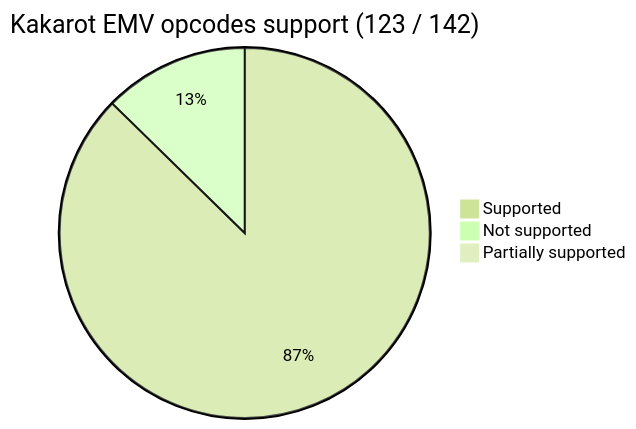
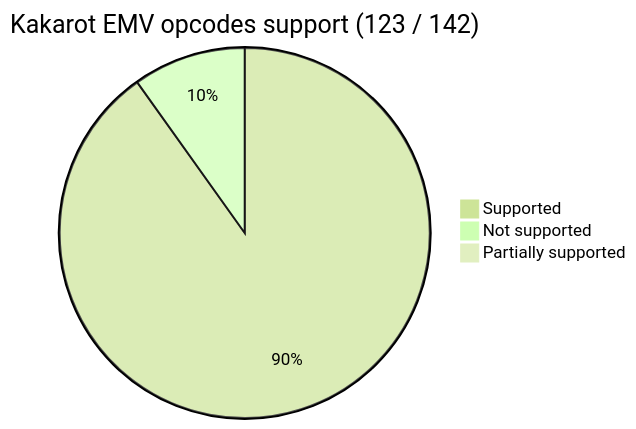
One commit to kkrt-labs/kakarot changed the first of 2 diagrams in README.md. Above: the diagram before and after it, drawn with Mermaid. The commit also changed 2 other files, not shown here.

````diff
--- a/README.md
+++ b/README.md
@@ -38,9 +38,9 @@
 ```mermaid
 %%{init: {'theme': 'forest', 'themeVariables': { 'darkMode': 'false'}}}%%
 
 pie title Kakarot EMV opcodes support (123 / 142)
-    "Supported" : 124
-    "Not supported" : 18
+    "Supported" : 128
+    "Not supported" : 14
 
     "Partially supported" : 0
 ```
````
